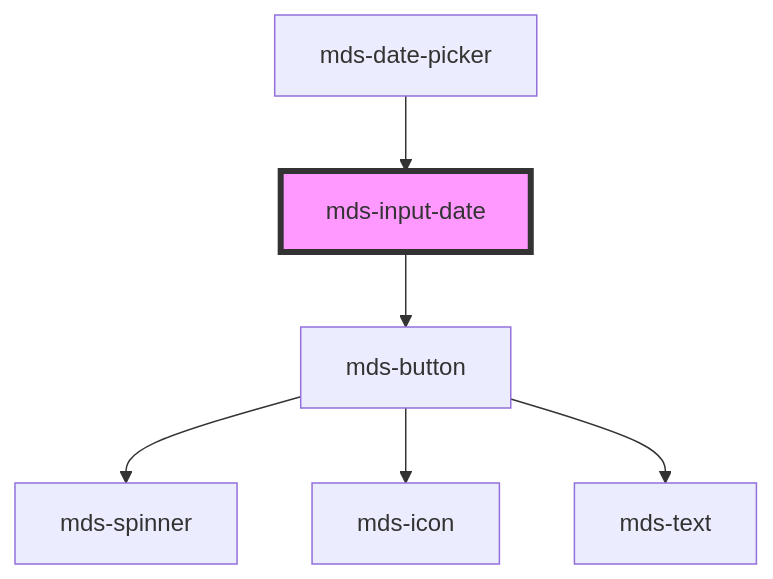
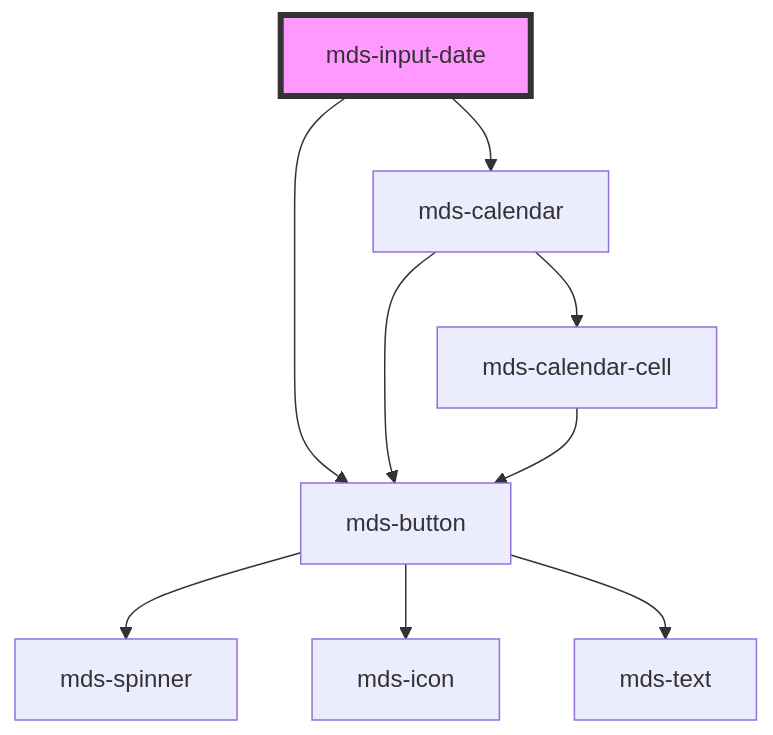
The diagram in projects/stencil/src/components/mds-input-date/readme.md (magma-design-system/magma), drawn with Mermaid before and after one commit. The commit also changed other lines of this file and 72 other files, not shown here.

Commit message:
refact: remove mds-date-picker, move functionality to mds-input-date-range and mds-input-date

````diff
--- a/projects/stencil/src/components/mds-input-date/readme.md
+++ b/projects/stencil/src/components/mds-input-date/readme.md
@@ -61,9 +58,12 @@
 ```mermaid
 graph TD;
   mds-input-date --> mds-button
+  mds-input-date --> mds-calendar
   mds-button --> mds-spinner
   mds-button --> mds-icon
   mds-button --> mds-text
-  mds-date-picker --> mds-input-date
+  mds-calendar --> mds-button
+  mds-calendar --> mds-calendar-cell
+  mds-calendar-cell --> mds-button
   style mds-input-date fill:#f9f,stroke:#333,stroke-width:4px
 ```
````
